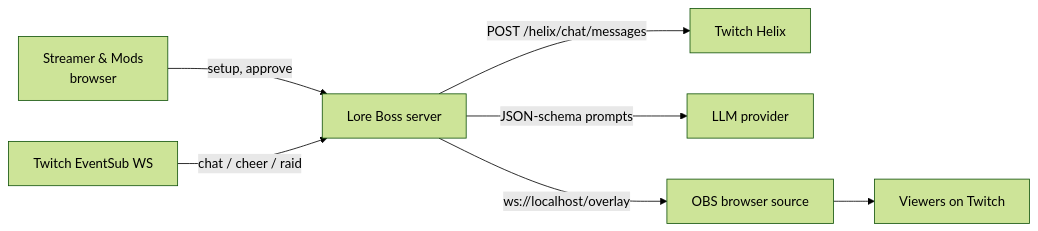
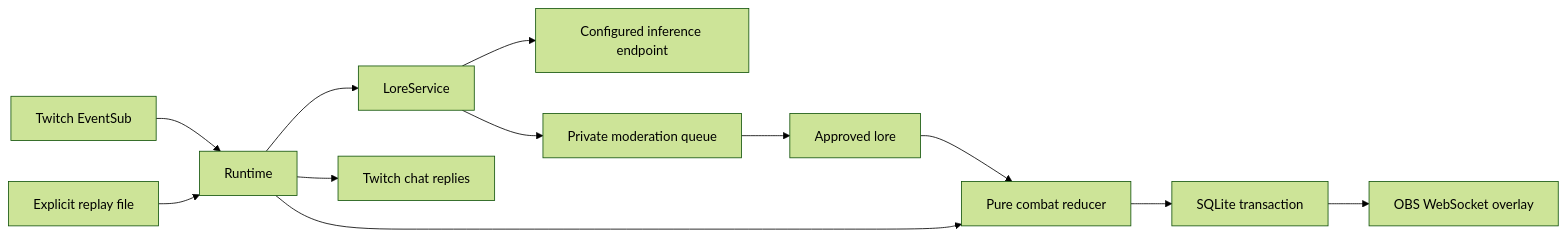
The diagram in ARCHITECTURE.md (Vedant817/lore-boss), drawn with Mermaid (forest theme) before and after one commit. The commit also changed other lines of this file and 184 other files, not shown here.

````diff
--- a/ARCHITECTURE.md
+++ b/ARCHITECTURE.md
@@ -24,8 +7,14 @@
 ```mermaid
 flowchart LR
-  S[Streamer & Mods<br/>browser] -->|setup, approve| LB[Lore Boss server]
-  TW[Twitch EventSub WS] -->|chat / cheer / raid| LB
-  LB -->|POST /helix/chat/messages| TWA[Twitch Helix]
-  LB -->|JSON-schema prompts| LLM[LLM provider]
-  LB -->|ws://localhost/overlay| OBS[OBS browser source] --> V[Viewers on Twitch]
+  Twitch[Twitch EventSub] --> Runtime
+  Replay[Explicit replay file] --> Runtime
+  Runtime --> Lore[LoreService]
+  Lore --> LLM[Configured inference endpoint]
+  Lore --> Queue[Private moderation queue]
+  Queue --> Approved[Approved lore]
+  Approved --> Reducer[Pure combat reducer]
+  Runtime --> Reducer
+  Reducer --> Store[SQLite transaction]
+  Store --> Overlay[OBS WebSocket overlay]
+  Runtime --> Helix[Twitch chat replies]
 ```
````
